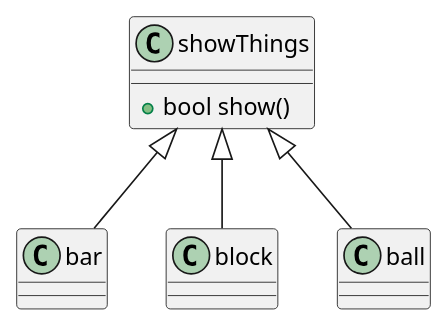
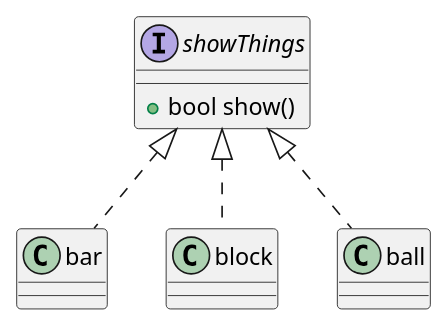
The diagram in Aimforconplete-TDD/TodoList.md (terapotan/Aimforcomplete), drawn with PlantUML before and after one commit. The commit also changed other lines of this file and 5 other files, not shown here.

Commit message:
Drawing bar,ball(Commit)

```diff
--- a/Aimforconplete-TDD/TodoList.md
+++ b/Aimforconplete-TDD/TodoList.md
@@ -24,17 +24,17 @@
 ~~~plantUML
 @startuml
-class showThings{
+interface showThings{
     + bool show()
 }
 class bar{
 }
 class block{
 }
 class ball{
 }
 
-showThings <|-- bar
-showThings <|-- block
-showThings <|-- ball
+showThings <|.. bar
+showThings <|.. block
+showThings <|.. ball
 @enduml
 ~~~
```
